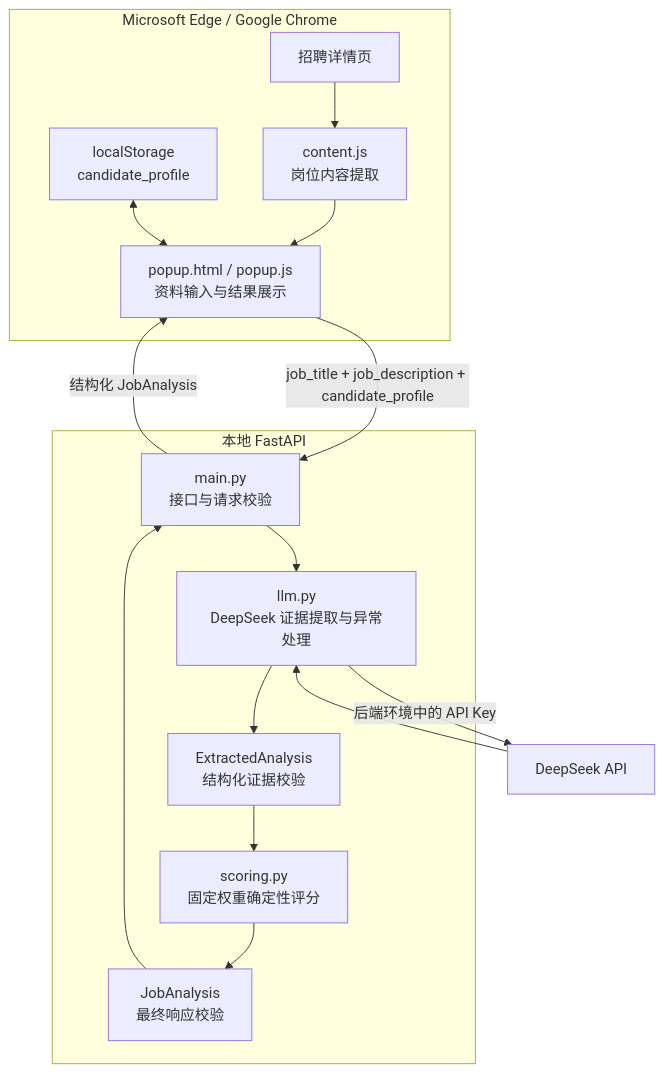
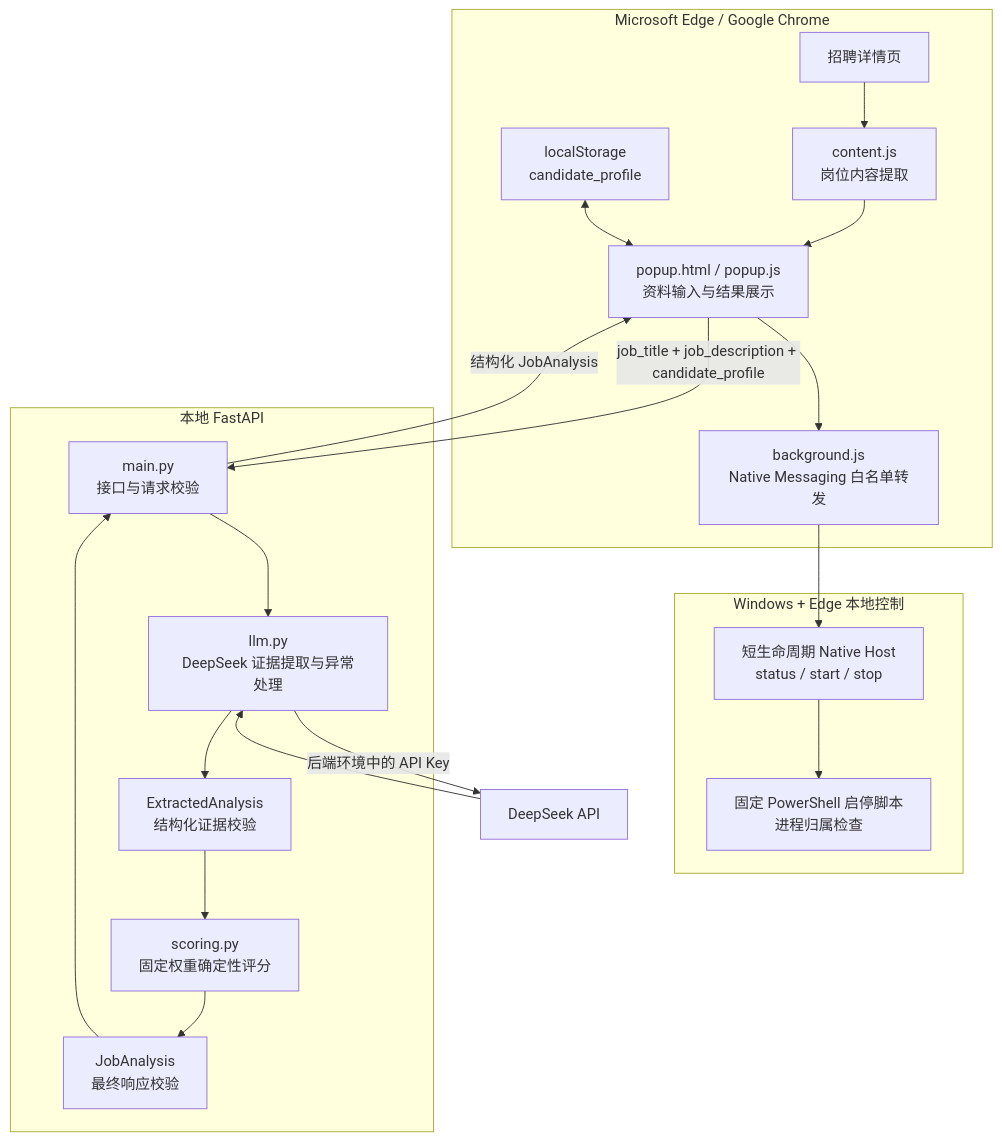
Before and after one commit to AKl2781/ai-job-copilot: the first of 2 diagrams in docs/architecture.md, drawn with Mermaid. The commit also changed other lines of this file and 5 other files, not shown here.

````diff
--- a/docs/architecture.md
+++ b/docs/architecture.md
@@ -7,26 +7,34 @@
 ```mermaid
 flowchart TB
     subgraph Browser["Microsoft Edge / Google Chrome"]
         Page["招聘详情页"]
         Extractor["content.js\n岗位内容提取"]
         Popup["popup.html / popup.js\n资料输入与结果展示"]
+        Worker["background.js\nNative Messaging 白名单转发"]
         Storage["localStorage\ncandidate_profile"]
         Page --> Extractor --> Popup
         Storage <--> Popup
+        Popup --> Worker
+    end
+
+    subgraph Native["Windows + Edge 本地控制"]
+        Host["短生命周期 Native Host\nstatus / start / stop"]
+        Scripts["固定 PowerShell 启停脚本\n进程归属检查"]
+        Worker --> Host --> Scripts
     end
 
     subgraph Local["本地 FastAPI"]
         API["main.py\n接口与请求校验"]
         Service["llm.py\nDeepSeek 证据提取与异常处理"]
         Validator["ExtractedAnalysis\n结构化证据校验"]
         Scorer["scoring.py\n固定权重确定性评分"]
         Response["JobAnalysis\n最终响应校验"]
         API --> Service --> Validator --> Scorer --> Response --> API
     end
 
     DeepSeek["DeepSeek API"]
     Popup -->|"job_title + job_description + candidate_profile"| API
     Service -->|"后端环境中的 API Key"| DeepSeek
     DeepSeek --> Service
     API -->|"结构化 JobAnalysis"| Popup
 ```
````
